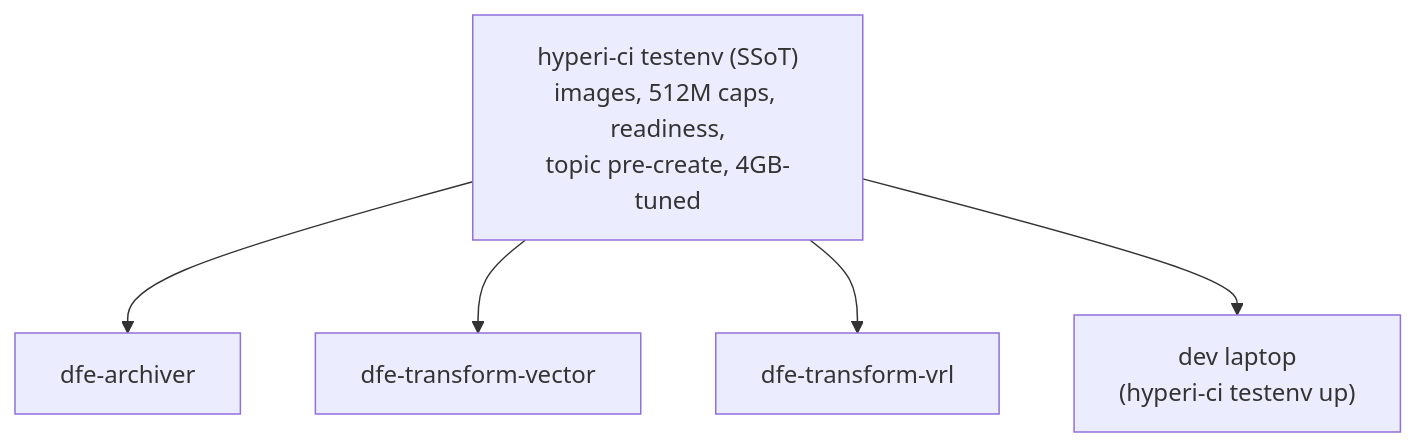
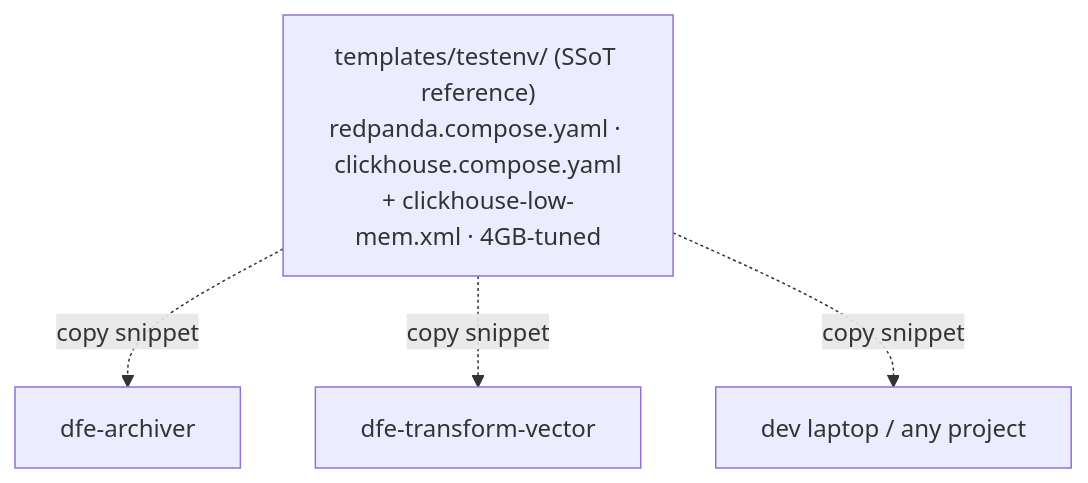
One commit to hyperi-io/hyperi-ci changed the second of 2 diagrams in docs/CI-KAFKA-REDPANDA.md. Above: the diagram before and after it, drawn with Mermaid. The commit also changed other lines of this file and 4 other files, not shown here.

First line of the commit message:
docs(testenv): reference Redpanda + ClickHouse docker patterns

````diff
--- a/docs/CI-KAFKA-REDPANDA.md
+++ b/docs/CI-KAFKA-REDPANDA.md
@@ -139,8 +139,7 @@
 ```mermaid
 flowchart TB
-  SSOT["hyperi-ci testenv (SSoT)<br/>images, 512M caps, readiness,<br/>topic pre-create, 4GB-tuned"]
-  SSOT --> C1["dfe-archiver"]
-  SSOT --> C2["dfe-transform-vector"]
-  SSOT --> C3["dfe-transform-vrl"]
-  SSOT --> LOCAL["dev laptop<br/>(hyperi-ci testenv up)"]
+  SSOT["templates/testenv/ (SSoT reference)<br/>redpanda.compose.yaml · clickhouse.compose.yaml<br/>+ clickhouse-low-mem.xml · 4GB-tuned"]
+  SSOT -.->|copy snippet| C1["dfe-archiver"]
+  SSOT -.->|copy snippet| C2["dfe-transform-vector"]
+  SSOT -.->|copy snippet| C3["dev laptop / any project"]
 ```
````
